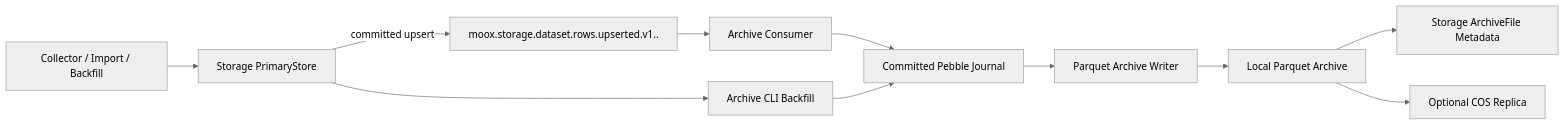
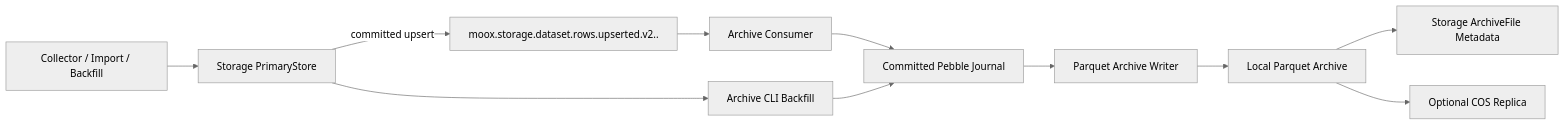
The diagram in docs/行情数据归档模块设计.md (mooyang-code/moox), drawn with Mermaid (neutral theme) before and after one commit. The commit also changed other lines of this file and 22 other files, not shown here.

````diff
--- a/docs/行情数据归档模块设计.md
+++ b/docs/行情数据归档模块设计.md
@@ -75,13 +79,13 @@
 ```mermaid
 flowchart LR
     Collector["Collector / Import / Backfill"] --> Storage["Storage PrimaryStore"]
-    Storage -->|"committed upsert"| Event["moox.storage.dataset.rows.upserted.v1.<space>.<dataset>"]
+    Storage -->|"committed upsert"| Event["moox.storage.dataset.rows.upserted.v2.<space>.<dataset>"]
     Event --> Consumer["Archive Consumer"]
     Consumer --> Journal["Committed Pebble Journal"]
     Journal --> Writer["Parquet Archive Writer"]
     Writer --> Local["Local Parquet Archive"]
     Local --> Registry["Storage ArchiveFile Metadata"]
     Local --> COS["Optional COS Replica"]
     Storage --> Backfill["Archive CLI Backfill"]
     Backfill --> Journal
 ```
````
